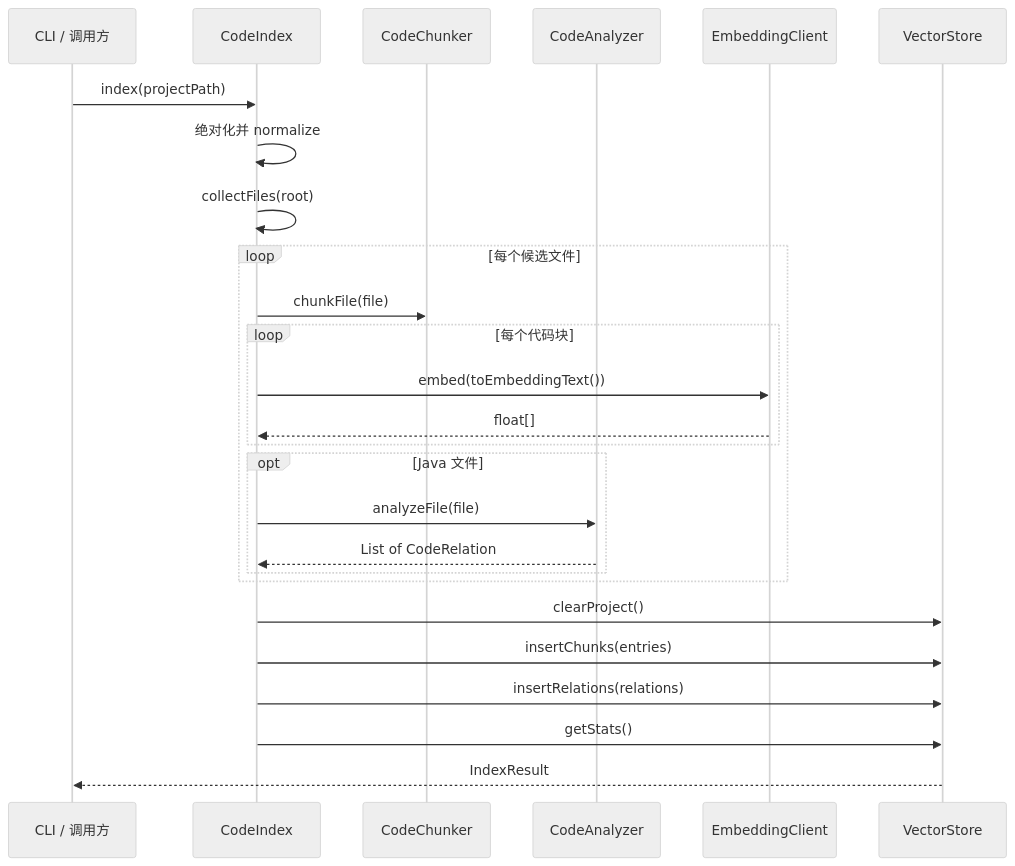
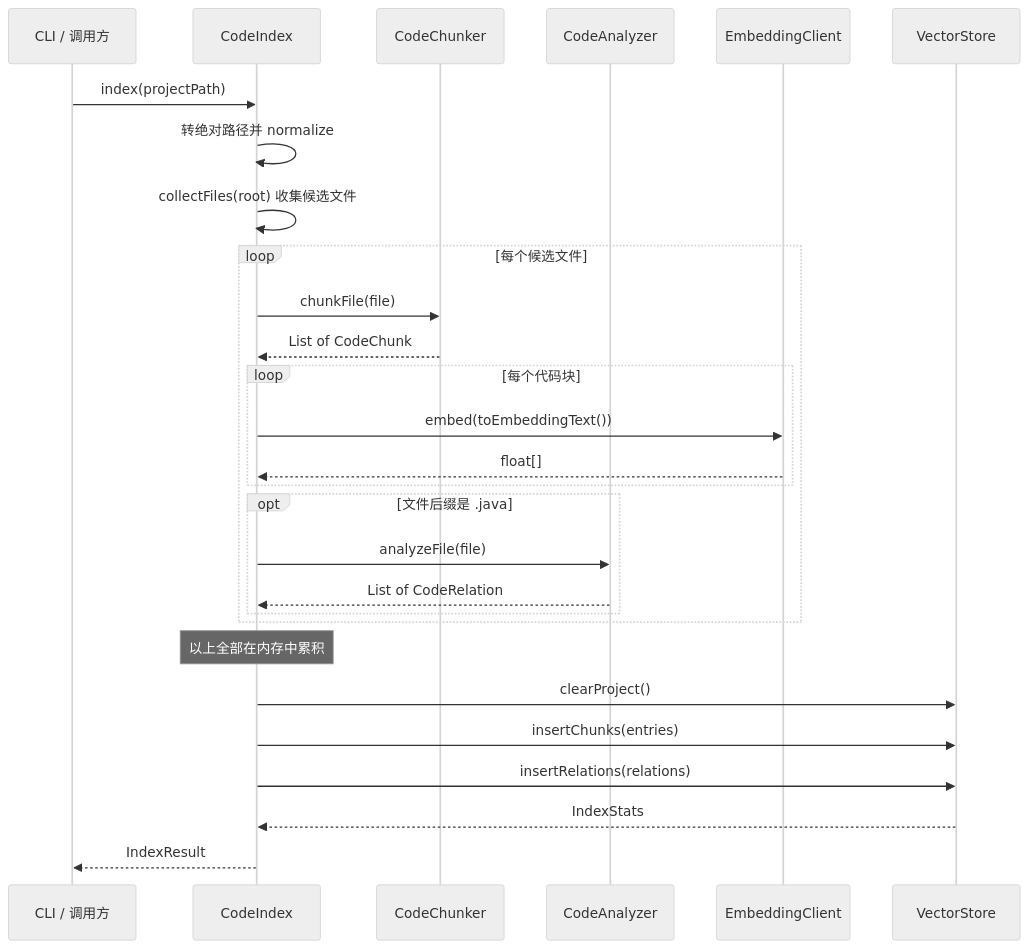
One commit to zgjdev/Code-Agent changed the second of 3 diagrams in docs/dev/04-code-rag-graph.md. Above: the diagram before and after it, drawn with Mermaid (neutral theme). The commit also changed other lines of this file and 5 other files, not shown here.

````diff
--- a/docs/dev/04-code-rag-graph.md
+++ b/docs/dev/04-code-rag-graph.md
@@ -93,29 +218,31 @@
 ```mermaid
 sequenceDiagram
     participant Caller as CLI / 调用方
     participant Index as CodeIndex
     participant Chunker as CodeChunker
     participant Analyzer as CodeAnalyzer
     participant Embed as EmbeddingClient
     participant Store as VectorStore
 
     Caller->>Index: index(projectPath)
-    Index->>Index: 绝对化并 normalize
-    Index->>Index: collectFiles(root)
+    Index->>Index: 转绝对路径并 normalize
+    Index->>Index: collectFiles(root) 收集候选文件
     loop 每个候选文件
         Index->>Chunker: chunkFile(file)
+        Chunker-->>Index: List of CodeChunk
         loop 每个代码块
             Index->>Embed: embed(toEmbeddingText())
             Embed-->>Index: float[]
         end
-        opt Java 文件
+        opt 文件后缀是 .java
             Index->>Analyzer: analyzeFile(file)
             Analyzer-->>Index: List of CodeRelation
         end
     end
+    Note over Index: 以上全部在内存中累积
     Index->>Store: clearProject()
     Index->>Store: insertChunks(entries)
     Index->>Store: insertRelations(relations)
-    Index->>Store: getStats()
-    Store-->>Caller: IndexResult
+    Store-->>Index: IndexStats
+    Index-->>Caller: IndexResult
 ```
````
